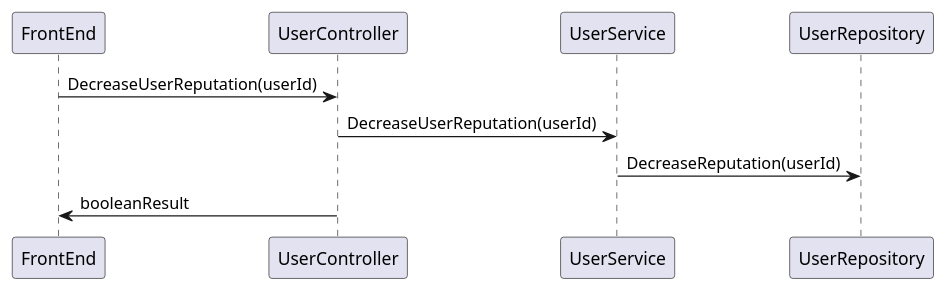
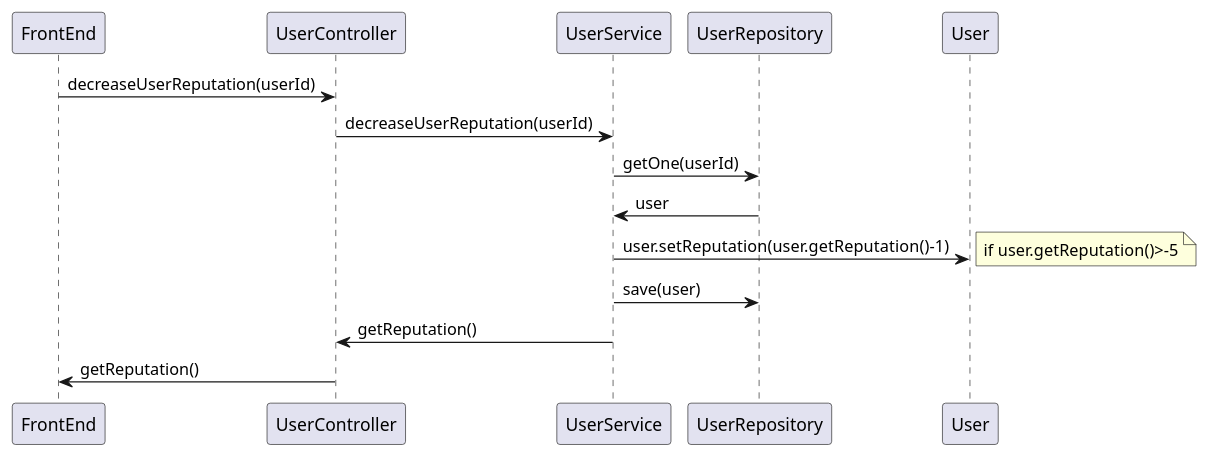
Diagram 14 of 14 in docs/DesignDocument.md (CangaRouter/ExGas), drawn with PlantUML before and after one commit. The commit also changed other lines of this file, not shown here.

Commit message:
fix: sequence diagram UC10 fixed

````diff
--- a/docs/DesignDocument.md
+++ b/docs/DesignDocument.md
@@ -743,8 +750,15 @@
 ```plantuml
 @startuml
-    FrontEnd -> UserController : DecreaseUserReputation(userId)
-    UserController -> UserService: DecreaseUserReputation(userId)
-    UserService -> UserRepository: DecreaseReputation(userId)
-    UserController -> FrontEnd: booleanResult
+    FrontEnd -> UserController : decreaseUserReputation(userId)
+    UserController -> UserService: decreaseUserReputation(userId)
+    UserService -> UserRepository: getOne(userId)
+    UserRepository -> UserService: user
+    UserService -> User: user.setReputation(user.getReputation()-1) 
+    note right
+            if user.getReputation()>-5
+    end note
+    UserService -> UserRepository: save(user)
+    UserService -> UserController: getReputation()
+    UserController -> FrontEnd: getReputation()
 @enduml
 ```
````
